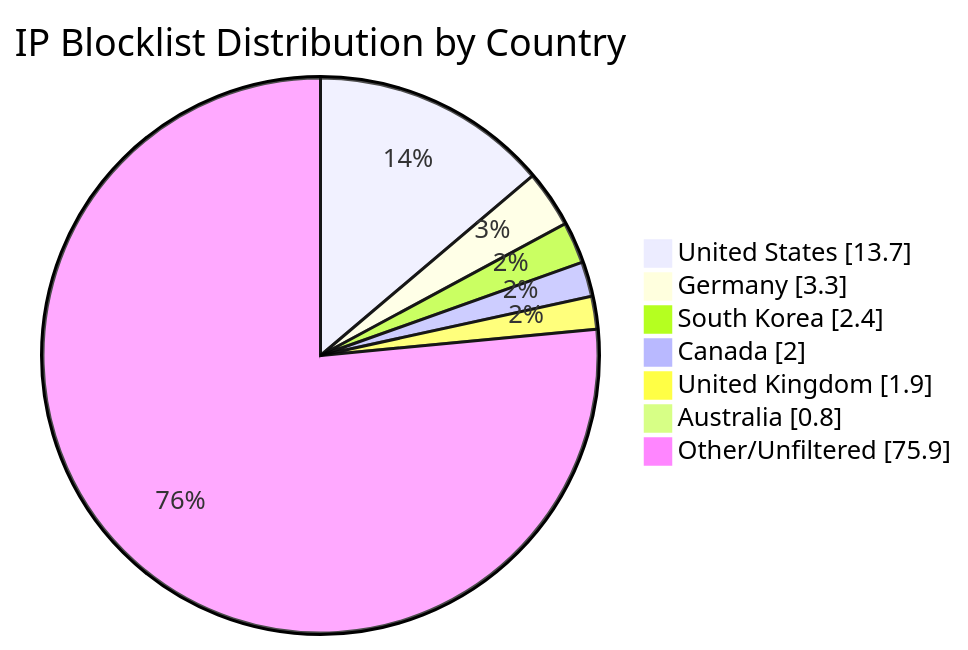
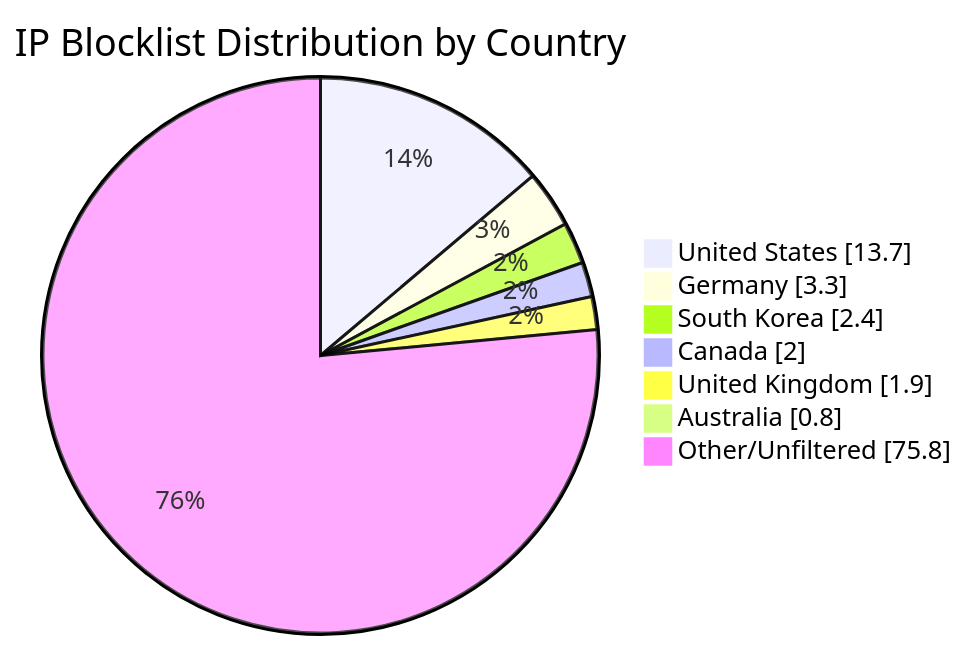
One commit to MarcusHoltz/ipblocklist-geofiltered-aggregator changed the diagram in README.md. Above: the diagram before and after it, drawn with Mermaid. The commit also changed other lines of this file and 9 other files, not shown here.

````diff
--- a/README.md
+++ b/README.md
@@ -34,10 +34,10 @@
 ```mermaid
 pie showData title IP Blocklist Distribution by Country
 "United States" : 13.7
 "Germany" : 3.3
 "South Korea" : 2.4
 "Canada" : 2.0
 "United Kingdom" : 1.9
 "Australia" : 0.8
-"Other/Unfiltered" : 75.9
+"Other/Unfiltered" : 75.8
 ```
````
